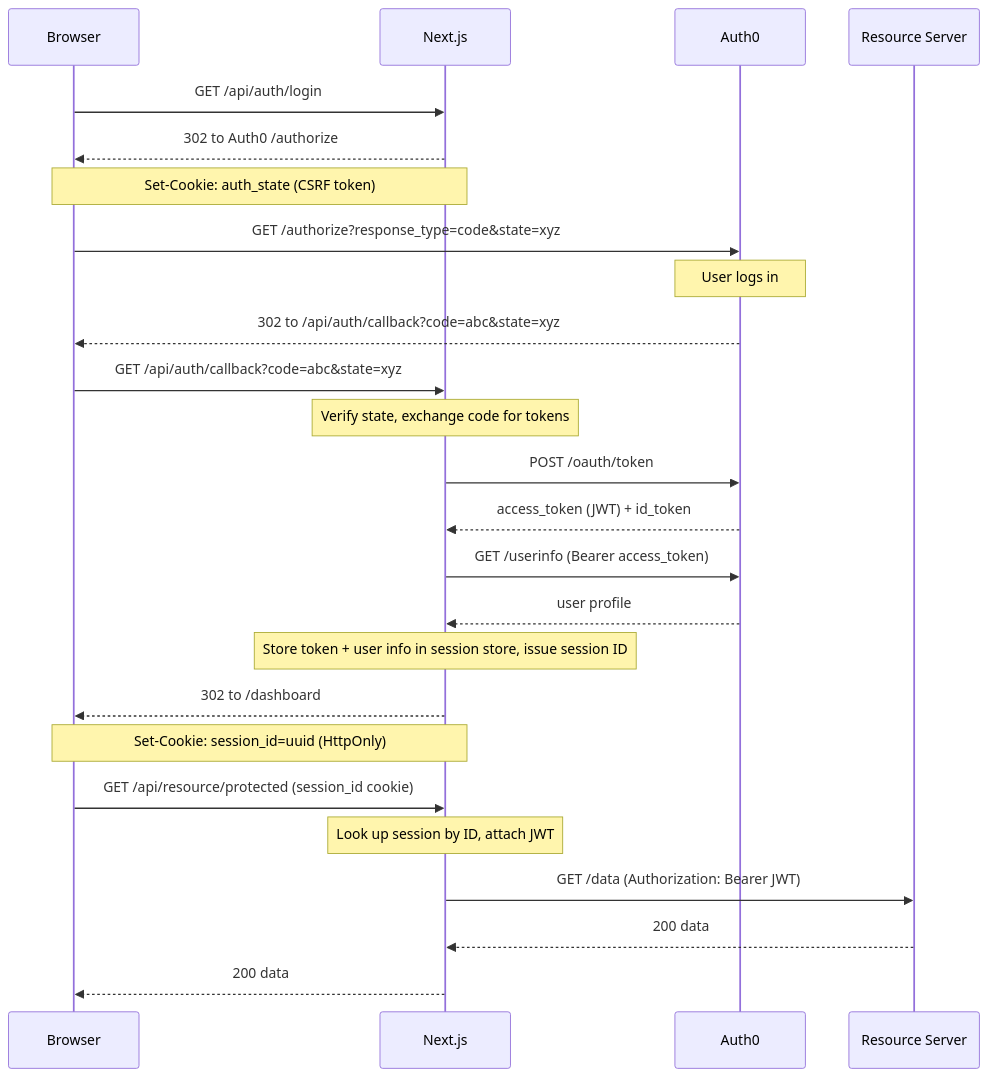
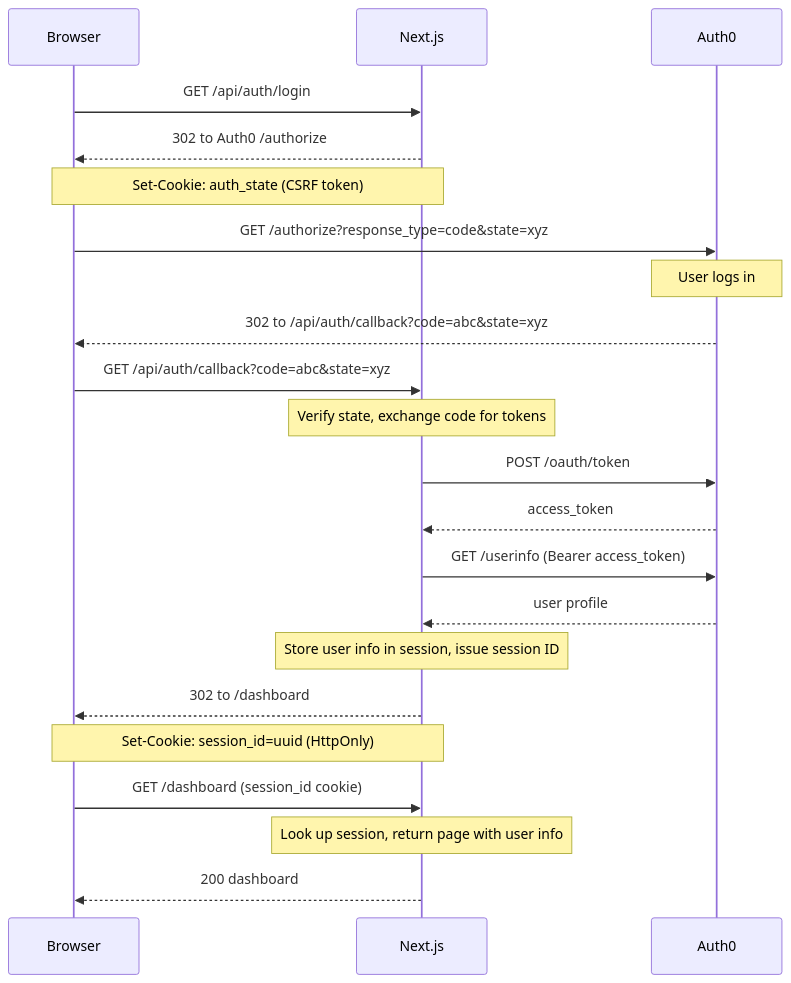
Before and after one commit to taha2009/auth0-nextjs: the diagram in README.md, drawn with Mermaid. The commit also changed other lines of this file and 6 other files, not shown here.

First line of the commit message:
Simplify to pure authentication — remove JWT, resource server, and audience

````diff
--- a/README.md
+++ b/README.md
@@ -68,31 +61,28 @@
 ```mermaid
 sequenceDiagram
     participant Browser
     participant Next.js
     participant Auth0
-    participant Resource Server
 
     Browser->>Next.js: GET /api/auth/login
     Next.js-->>Browser: 302 to Auth0 /authorize
     Note over Browser,Next.js: Set-Cookie: auth_state (CSRF token)
 
     Browser->>Auth0: GET /authorize?response_type=code&state=xyz
     Note over Auth0: User logs in
     Auth0-->>Browser: 302 to /api/auth/callback?code=abc&state=xyz
 
     Browser->>Next.js: GET /api/auth/callback?code=abc&state=xyz
     Note over Next.js: Verify state, exchange code for tokens
     Next.js->>Auth0: POST /oauth/token
-    Auth0-->>Next.js: access_token (JWT) + id_token
+    Auth0-->>Next.js: access_token
     Next.js->>Auth0: GET /userinfo (Bearer access_token)
     Auth0-->>Next.js: user profile
-    Note over Next.js: Store token + user info in session store, issue session ID
+    Note over Next.js: Store user info in session, issue session ID
     Next.js-->>Browser: 302 to /dashboard
     Note over Browser,Next.js: Set-Cookie: session_id=uuid (HttpOnly)
 
-    Browser->>Next.js: GET /api/resource/protected (session_id cookie)
-    Note over Next.js: Look up session by ID, attach JWT
-    Next.js->>Resource Server: GET /data (Authorization: Bearer JWT)
-    Resource Server-->>Next.js: 200 data
-    Next.js-->>Browser: 200 data
+    Browser->>Next.js: GET /dashboard (session_id cookie)
+    Note over Next.js: Look up session, return page with user info
+    Next.js-->>Browser: 200 dashboard
 ```
````
